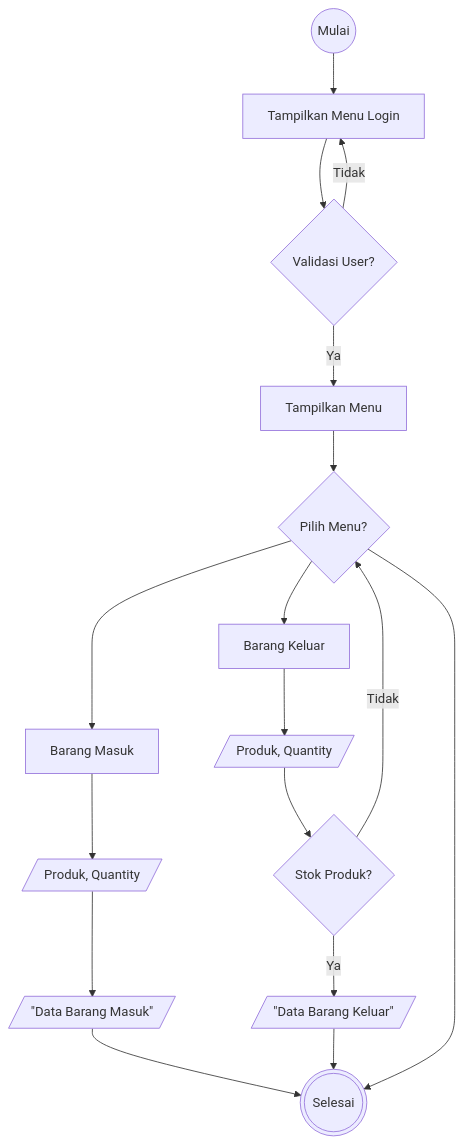
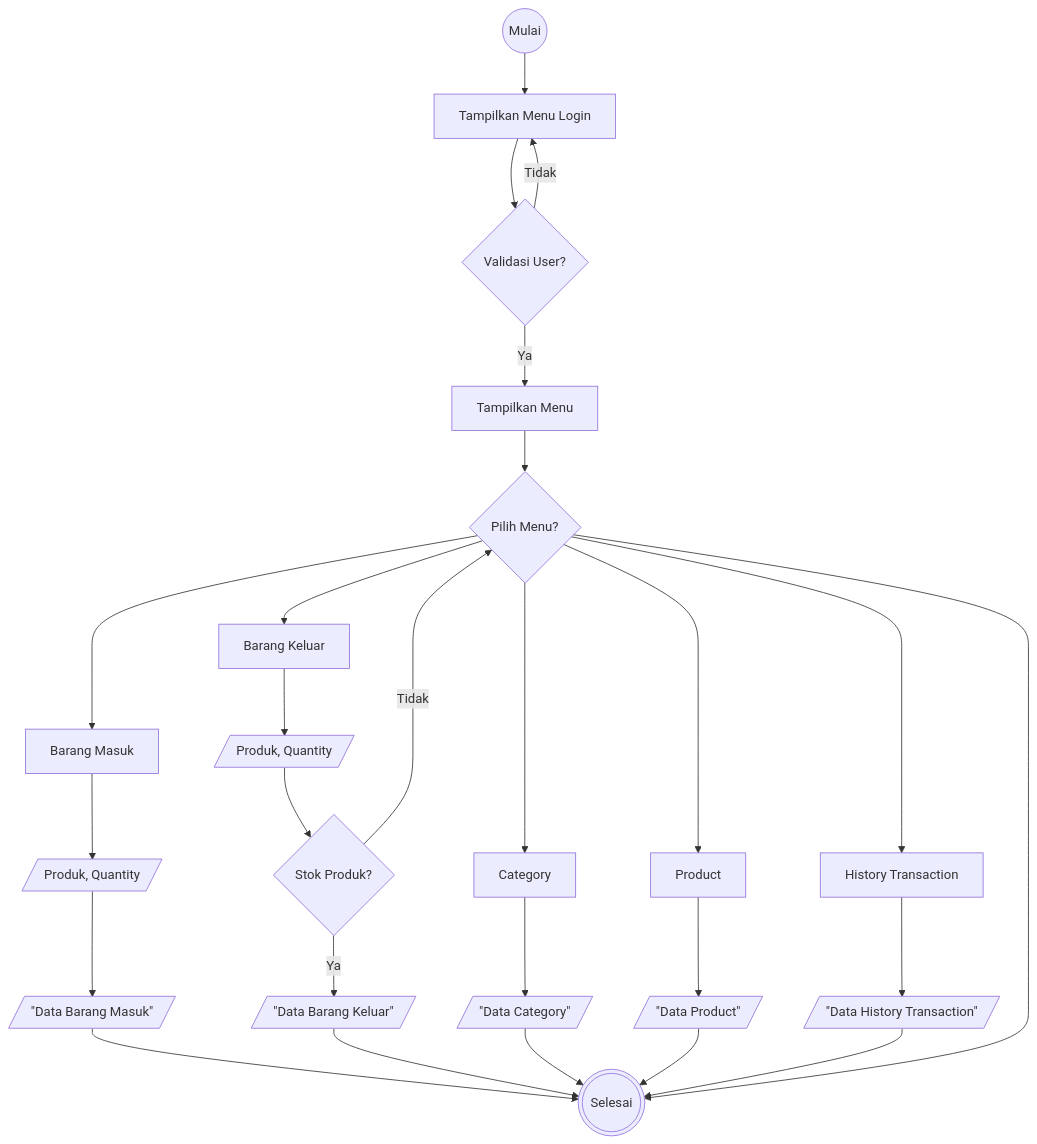
Before and after one commit to yusufbahtiarr/fgo24-phase3: the first of 2 diagrams in readme.md, drawn with Mermaid. The commit also changed other lines of this file, not shown here.

Commit message:
chore: change data readme

````diff
--- a/readme.md
+++ b/readme.md
@@ -36,32 +36,47 @@
 ```mermaid
 flowchart TD
     Mulai@{ shape: circle, label: "Mulai" }
     Login@{ shape: rect, label: "Tampilkan Menu Login" }
     ValidasiLogin@{ shape: diamond, label: "Validasi User?" }
     TampilMenu@{ shape: rect, label: "Tampilkan Menu" }
     PilihMenu@{ shape: diamond, label: "Pilih Menu?" }
     BarangKeluar@{ shape: rect, label: "Barang Keluar"}
     BarangMasuk@{ shape: rect, label: "Barang Masuk"}
+    Category@{ shape: rect, label: "Category"}
+    Product@{ shape: rect, label: "Product"}
+    HistoryTransaction@{ shape: rect, label: "History Transaction"}
     InputBarangKuantitas@{ shape: lean-r, label: "Produk, Quantity" }
     InputBarangKuantitas2@{ shape: lean-r, label: "Produk, Quantity" }
     CekStok@{ shape: diamond, label: "Stok Produk?" }
-    OutputBarangMasuk@{ shape: lean-r, label: '"Data Barang Masuk"' }
-    OutputBarangKeluar@{ shape: lean-r, label: '"Data Barang Keluar"' }
+    OutputBarangMasuk@{ shape: lean-r, label: '"Data Barang Masuk"'}
+    OutputBarangKeluar@{ shape: lean-r, label: '"Data Barang Keluar"'}
+    OutputCategory@{ shape: lean-r, label: '"Data Category"'}
+    OutputProduct@{ shape: lean-r, label: '"Data Product"'}
+    OutputHistoryTransaction@{ shape: lean-r, label: '"Data History Transaction"' }
 
     Selesai@{ shape: dbl-circ, label: "Selesai" }
 
     Mulai --> Login --> ValidasiLogin
     ValidasiLogin --Tidak--> Login
     ValidasiLogin --Ya--> TampilMenu
     TampilMenu --> PilihMenu
     PilihMenu --> BarangMasuk
     PilihMenu --> BarangKeluar
+    PilihMenu --> Category
+    PilihMenu --> Product
+    PilihMenu --> HistoryTransaction
     BarangMasuk --> InputBarangKuantitas --> OutputBarangMasuk
     BarangKeluar --> InputBarangKuantitas2 --> CekStok
+    Category --> OutputCategory
+    Product --> OutputProduct
+    HistoryTransaction --> OutputHistoryTransaction
     OutputBarangMasuk --> Selesai
     CekStok --Ya--> OutputBarangKeluar --> Selesai
+    OutputCategory --> Selesai
+    OutputProduct --> Selesai
+    OutputHistoryTransaction --> Selesai
     CekStok --Tidak--> PilihMenu
     PilihMenu --> Selesai
 
 
 ```
````
